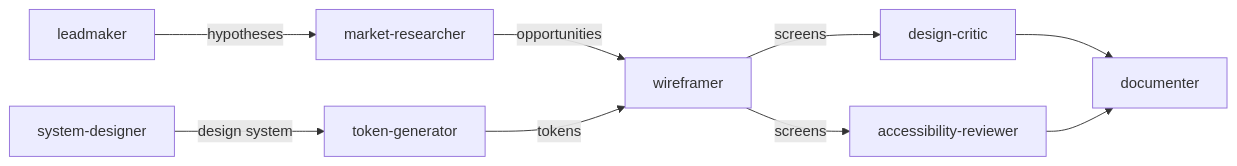
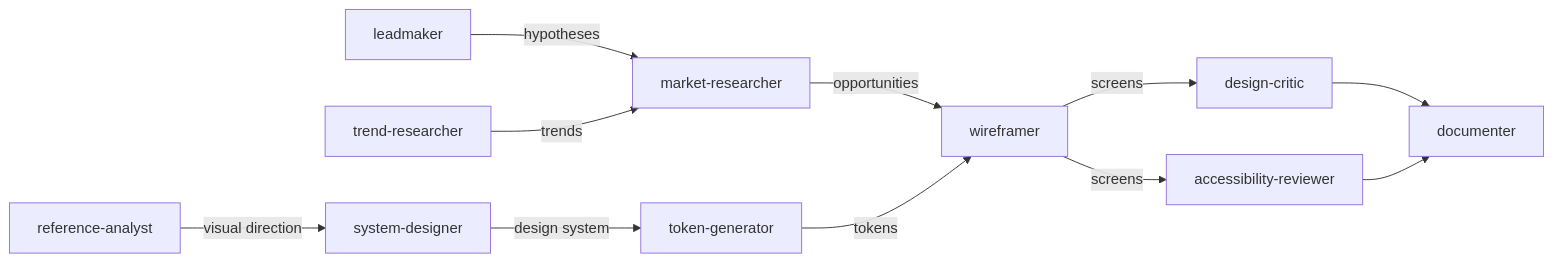
One commit to PMergener/design-agents-claude-code changed the diagram in README.md. Above: the diagram before and after it, drawn with Mermaid. The commit also changed other lines of this file and 2 other files, not shown here.

Commit message:
Add reference-analyst and trend-researcher agents

````diff
--- a/README.md
+++ b/README.md
@@ -25,11 +27,13 @@
 ```mermaid
 flowchart LR
     lm[leadmaker] -->|hypotheses| mr[market-researcher]
     mr -->|opportunities| wf[wireframer]
-    sd[system-designer] -->|design system| tg[token-generator]
+    ra[reference-analyst] -->|visual direction| sd[system-designer]
+    tr[trend-researcher] -->|trends| mr
+    sd -->|design system| tg[token-generator]
     tg -->|tokens| wf
     wf -->|screens| dc[design-critic]
     wf -->|screens| ar[accessibility-reviewer]
     dc --> doc[documenter]
     ar --> doc
 ```
````
